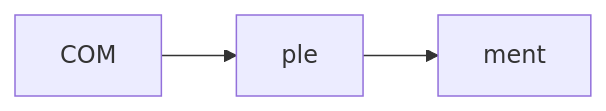
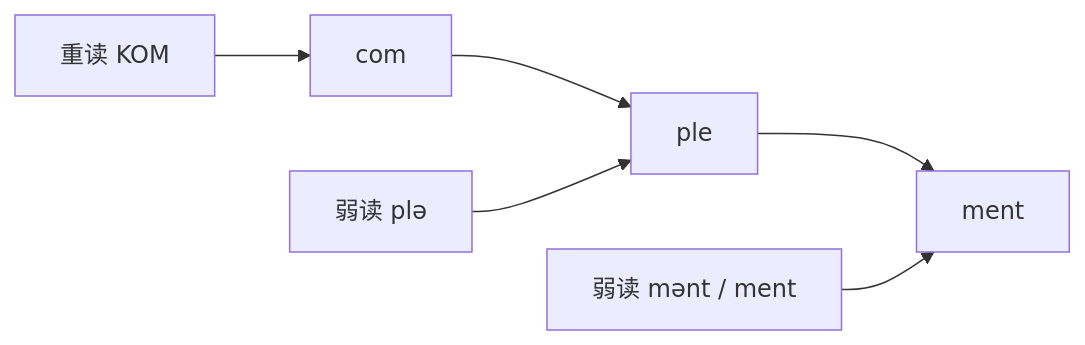
The first of 5 diagrams in slides_backup/托业单词/20260630/01.md (seki999/DialogueFlow), drawn with Mermaid before and after one commit. The commit also changed other lines of this file and 28 other files, not shown here.

````diff
--- a/slides_backup/托业单词/20260630/01.md
+++ b/slides_backup/托业单词/20260630/01.md
@@ -17,5 +21,8 @@
 ```mermaid
 flowchart LR
-    A[COM] --> B[ple]
+    A[com] --> B[ple]
     B --> C[ment]
+    D[重读 KOM] --> A
+    E[弱读 plə] --> B
+    F[弱读 mənt / ment] --> C
 ```
````
